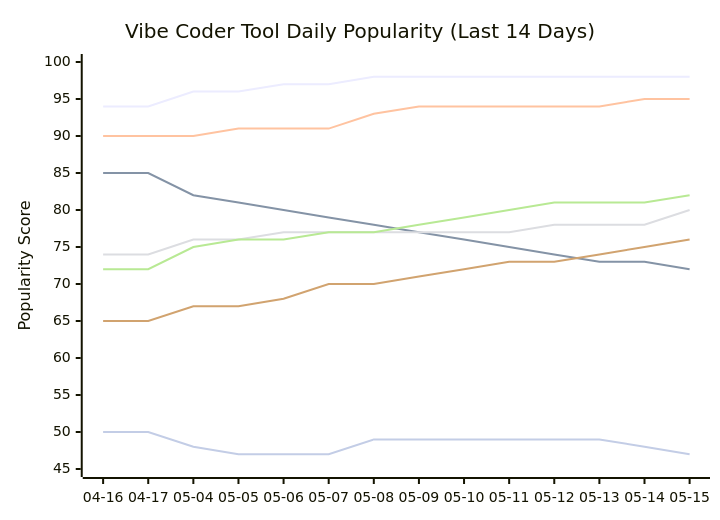
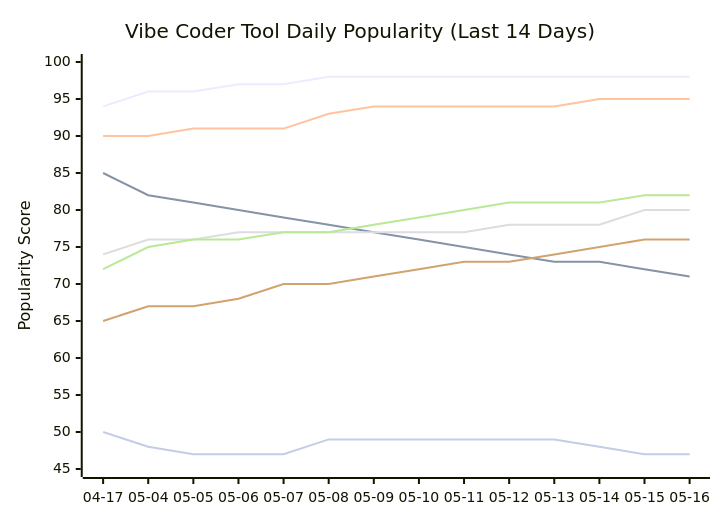
The seventh of 11 diagrams in README.md (tykimos/ai-whatchelin), drawn with Mermaid before and after one commit. The commit also changed other lines of this file and 4 other files, not shown here.

````diff
--- a/README.md
+++ b/README.md
@@ -813,13 +819,13 @@
 ```mermaid
 xychart-beta
     title "Vibe Coder Tool Daily Popularity (Last 14 Days)"
-    x-axis ["04-16", "04-17", "05-04", "05-05", "05-06", "05-07", "05-08", "05-09", "05-10", "05-11", "05-12", "05-13", "05-14", "05-15"]
+    x-axis ["04-17", "05-04", "05-05", "05-06", "05-07", "05-08", "05-09", "05-10", "05-11", "05-12", "05-13", "05-14", "05-15", "05-16"]
     y-axis "Popularity Score" 45 --> 100
-    line "Claude Code" [94, 94, 96, 96, 97, 97, 98, 98, 98, 98, 98, 98, 98, 98]
-    line "GH Copilot" [85, 85, 82, 81, 80, 79, 78, 77, 76, 75, 74, 73, 73, 72]
-    line "Cursor" [90, 90, 90, 91, 91, 91, 93, 94, 94, 94, 94, 94, 95, 95]
-    line "Windsurf" [74, 74, 76, 76, 77, 77, 77, 77, 77, 77, 78, 78, 78, 80]
-    line "Codex CLI" [72, 72, 75, 76, 76, 77, 77, 78, 79, 80, 81, 81, 81, 82]
-    line "Gemini CLI" [65, 65, 67, 67, 68, 70, 70, 71, 72, 73, 73, 74, 75, 76]
-    line "Antigravity" [50, 50, 48, 47, 47, 47, 49, 49, 49, 49, 49, 49, 48, 47]
+    line "Claude Code" [94, 96, 96, 97, 97, 98, 98, 98, 98, 98, 98, 98, 98, 98]
+    line "GH Copilot" [85, 82, 81, 80, 79, 78, 77, 76, 75, 74, 73, 73, 72, 71]
+    line "Cursor" [90, 90, 91, 91, 91, 93, 94, 94, 94, 94, 94, 95, 95, 95]
+    line "Windsurf" [74, 76, 76, 77, 77, 77, 77, 77, 77, 78, 78, 78, 80, 80]
+    line "Codex CLI" [72, 75, 76, 76, 77, 77, 78, 79, 80, 81, 81, 81, 82, 82]
+    line "Gemini CLI" [65, 67, 67, 68, 70, 70, 71, 72, 73, 73, 74, 75, 76, 76]
+    line "Antigravity" [50, 48, 47, 47, 47, 49, 49, 49, 49, 49, 49, 48, 47, 47]
 ```
````
